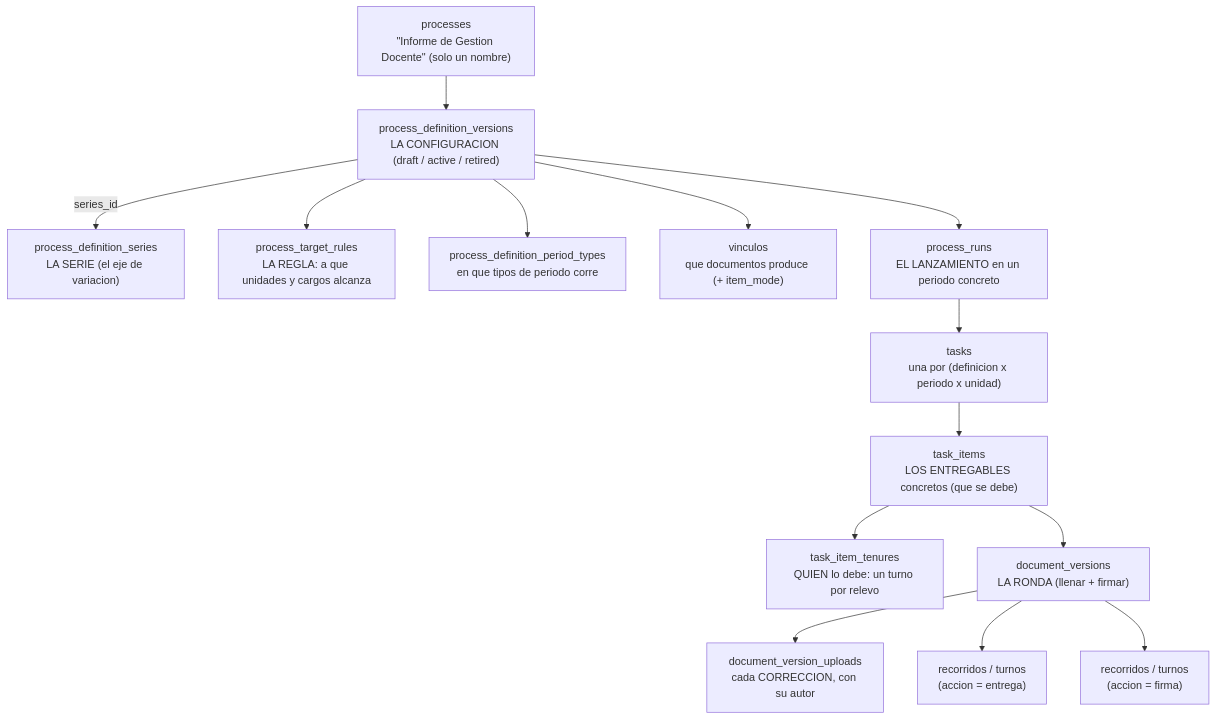
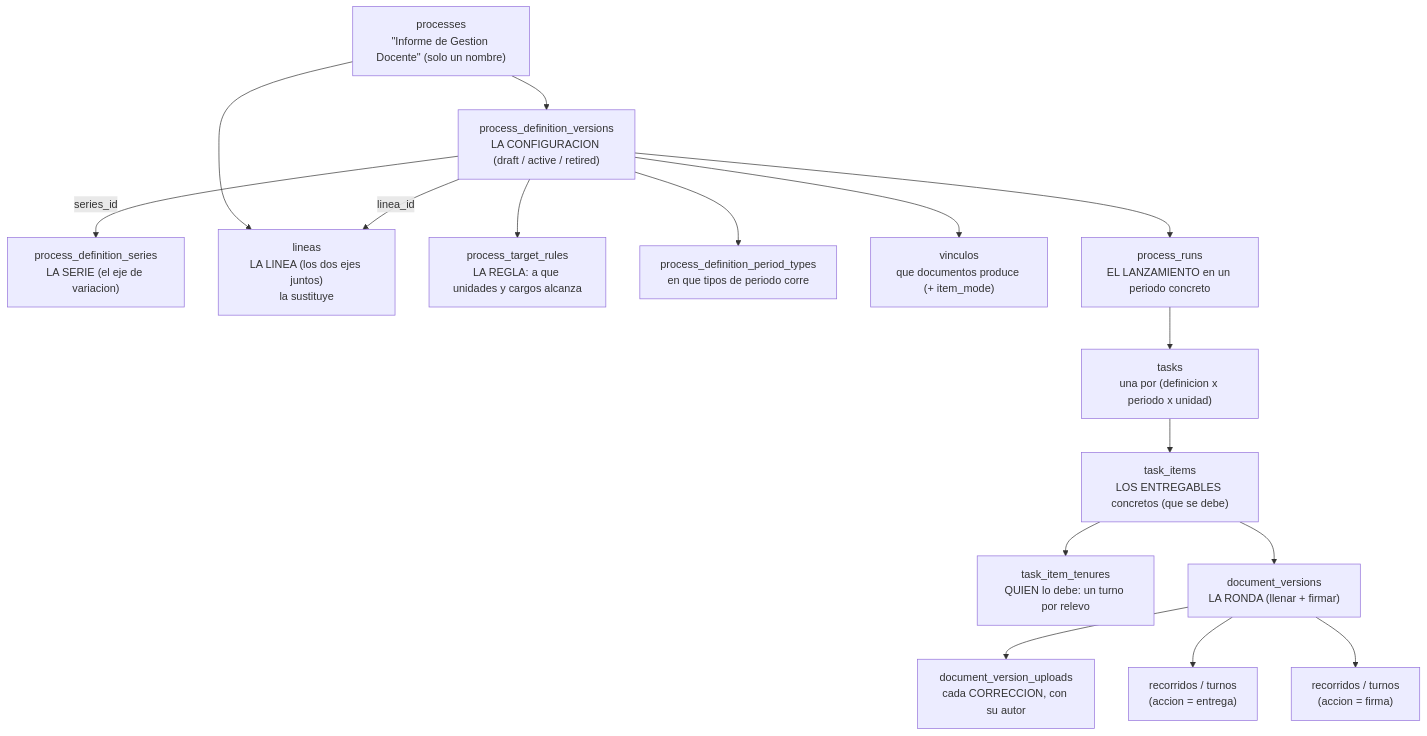
One commit to fresvel/deasy changed the diagram in docs/src/content/docs/datos/motor-de-procesos.md. Above: the diagram before and after it, drawn with Mermaid. The commit also changed other lines of this file and 18 other files, not shown here.

````diff
--- a/docs/src/content/docs/datos/motor-de-procesos.md
+++ b/docs/src/content/docs/datos/motor-de-procesos.md
@@ -11,32 +11,35 @@
 ```mermaid
 %% diagrama 08 — el motor de procesos, de la definicion al documento entregado y firmado
 flowchart TD
     PROC["processes<br/>#quot;Informe de Gestion Docente#quot; (solo un nombre)"]
     PDV["process_definition_versions<br/>LA CONFIGURACION (draft / active / retired)"]
     PDS["process_definition_series<br/>LA SERIE (el eje de variacion)"]
+    LIN["lineas<br/>LA LINEA (los dos ejes juntos)<br/>la sustituye"]
     PTR["process_target_rules<br/>LA REGLA: a que unidades y cargos alcanza"]
     PDPT["process_definition_period_types<br/>en que tipos de periodo corre"]
     PDT["vinculos<br/>que documentos produce (+ item_mode)"]
     RUNS["process_runs<br/>EL LANZAMIENTO en un periodo concreto"]
     TSK["tasks<br/>una por (definicion x periodo x unidad)"]
     ITM["task_items<br/>LOS ENTREGABLES concretos (que se debe)"]
     TEN["task_item_tenures<br/>QUIEN lo debe: un turno por relevo"]
     DVER["document_versions<br/>LA RONDA (llenar + firmar)"]
     DVU["document_version_uploads<br/>cada CORRECCION, con su autor"]
     FILL["recorridos / turnos<br/>(accion = entrega)"]
     SIG["recorridos / turnos<br/>(accion = firma)"]
 
     PROC --> PDV
+    PROC --> LIN
     PDV -->|"series_id"| PDS
+    PDV -->|"linea_id"| LIN
     PDV --> PTR
     PDV --> PDPT
     PDV --> PDT
     PDV --> RUNS
     RUNS --> TSK
     TSK --> ITM
     ITM --> TEN
     ITM --> DVER
     DVER --> DVU
     DVER --> FILL
     DVER --> SIG
 ```
````
